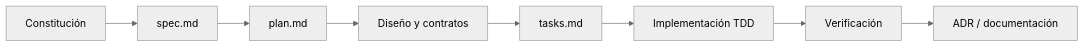
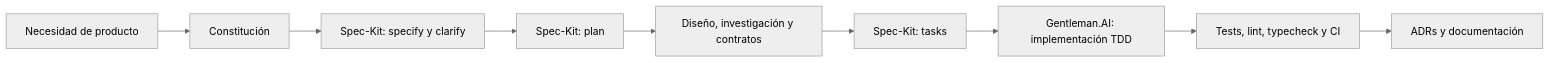
One commit to leriqueg/tador changed the first of 2 diagrams in docs/spec-driven-development.md. Above: the diagram before and after it, drawn with Mermaid (neutral theme). The commit also changed other lines of this file and 15 other files, not shown here.

````diff
--- a/docs/spec-driven-development.md
+++ b/docs/spec-driven-development.md
@@ -13,10 +18,11 @@
 ```mermaid
 flowchart LR
-    C[Constitución] --> S[spec.md]
-    S --> P[plan.md]
-    P --> D[Diseño y contratos]
-    D --> T[tasks.md]
-    T --> I[Implementación TDD]
-    I --> V[Verificación]
-    V --> A[ADR / documentación]
+    N[Necesidad de producto] --> C[Constitución]
+    C --> S[Spec-Kit: specify y clarify]
+    S --> P[Spec-Kit: plan]
+    P --> D[Diseño, investigación y contratos]
+    D --> T[Spec-Kit: tasks]
+    T --> G[Gentleman.AI: implementación TDD]
+    G --> V[Tests, lint, typecheck y CI]
+    V --> A[ADRs y documentación]
 ```
````
